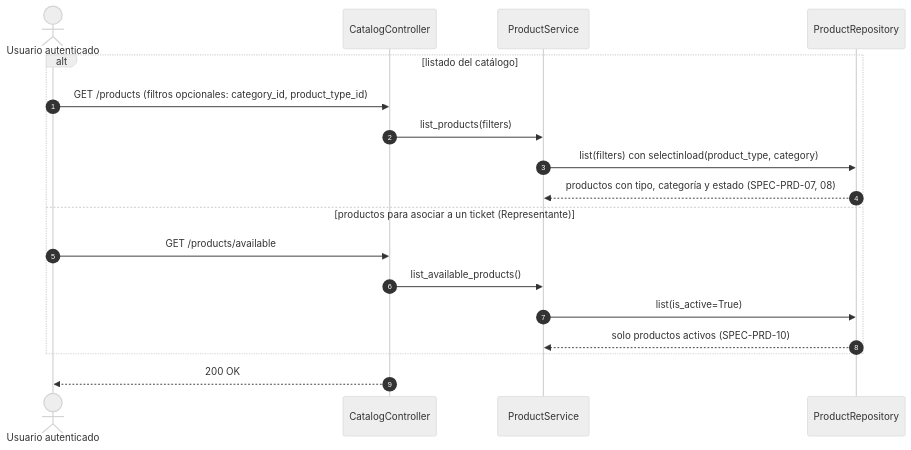
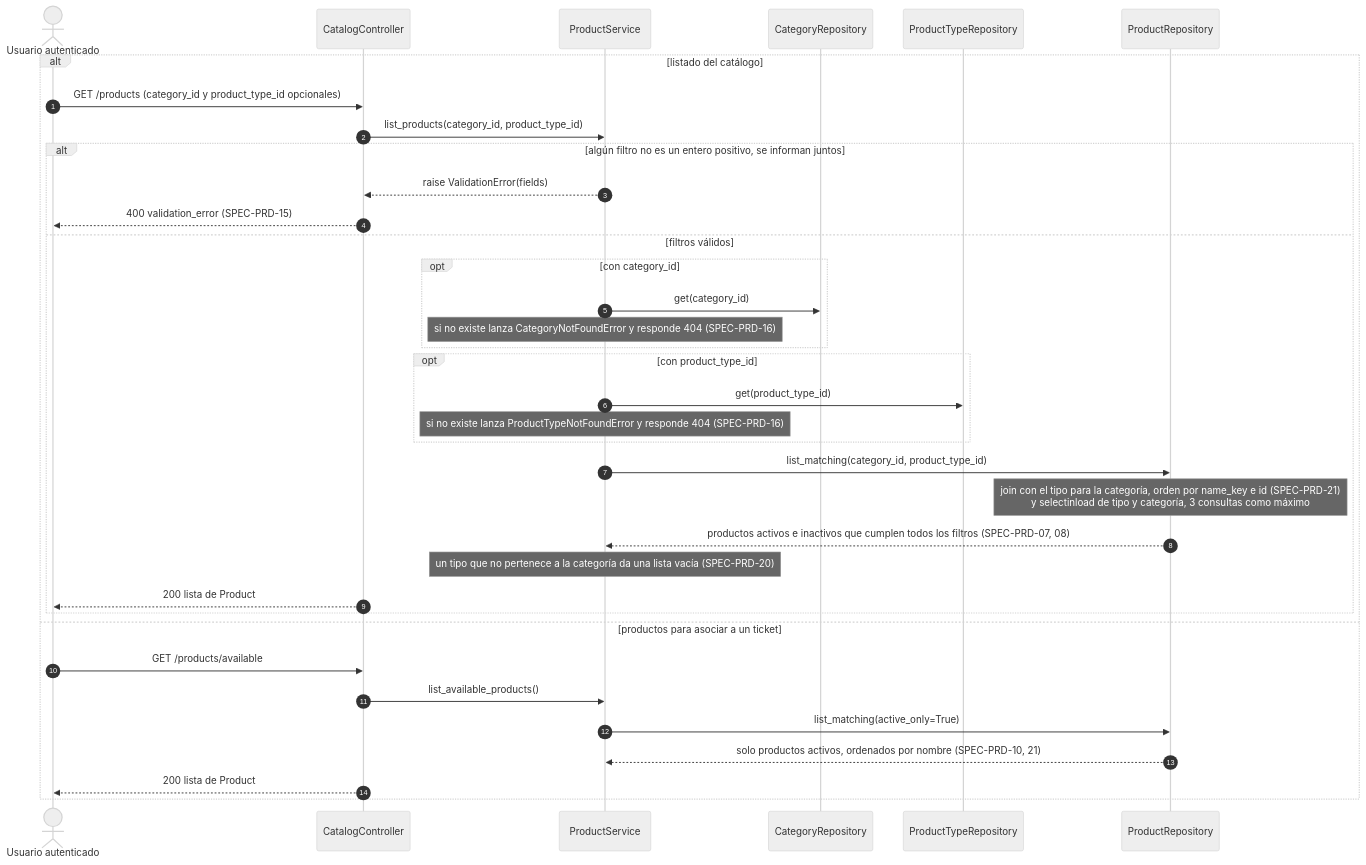
One commit to Diazfe-dev/AyED-III-python-ticket-service changed the third of 3 diagrams in diagrams/sequences/03-products.md. Above: the diagram before and after it, drawn with Mermaid (neutral theme). The commit also changed other lines of this file and 25 other files, not shown here.

Commit message:
feat(product): add products with soft delete, filtered listings and product type delete guard

````diff
--- a/diagrams/sequences/03-products.md
+++ b/diagrams/sequences/03-products.md
@@ -70,21 +94,39 @@
 ```mermaid
 sequenceDiagram
     autonumber
     actor U as Usuario autenticado
     participant PC as CatalogController
     participant PS as ProductService
+    participant CR as CategoryRepository
+    participant TR as ProductTypeRepository
     participant PR as ProductRepository
 
     alt listado del catálogo
-        U->>PC: GET /products (filtros opcionales: category_id, product_type_id)
-        PC->>PS: list_products(filters)
-        PS->>PR: list(filters) con selectinload(product_type, category)
-        PR-->>PS: productos con tipo, categoría y estado (SPEC-PRD-07, 08)
-    else productos para asociar a un ticket (Representante)
+        U->>PC: GET /products (category_id y product_type_id opcionales)
+        PC->>PS: list_products(category_id, product_type_id)
+        alt algún filtro no es un entero positivo, se informan juntos
+            PS-->>PC: raise ValidationError(fields)
+            PC-->>U: 400 validation_error (SPEC-PRD-15)
+        else filtros válidos
+            opt con category_id
+                PS->>CR: get(category_id)
+                Note over PS: si no existe lanza CategoryNotFoundError y responde 404 (SPEC-PRD-16)
+            end
+            opt con product_type_id
+                PS->>TR: get(product_type_id)
+                Note over PS: si no existe lanza ProductTypeNotFoundError y responde 404 (SPEC-PRD-16)
+            end
+            PS->>PR: list_matching(category_id, product_type_id)
+            Note over PR: join con el tipo para la categoría, orden por name_key e id (SPEC-PRD-21)<br/>y selectinload de tipo y categoría, 3 consultas como máximo
+            PR-->>PS: productos activos e inactivos que cumplen todos los filtros (SPEC-PRD-07, 08)
+            Note over PS: un tipo que no pertenece a la categoría da una lista vacía (SPEC-PRD-20)
+            PC-->>U: 200 lista de Product
+        end
+    else productos para asociar a un ticket
         U->>PC: GET /products/available
         PC->>PS: list_available_products()
-        PS->>PR: list(is_active=True)
-        PR-->>PS: solo productos activos (SPEC-PRD-10)
+        PS->>PR: list_matching(active_only=True)
+        PR-->>PS: solo productos activos, ordenados por nombre (SPEC-PRD-10, 21)
+        PC-->>U: 200 lista de Product
     end
-    PC-->>U: 200 OK
 ```
````
